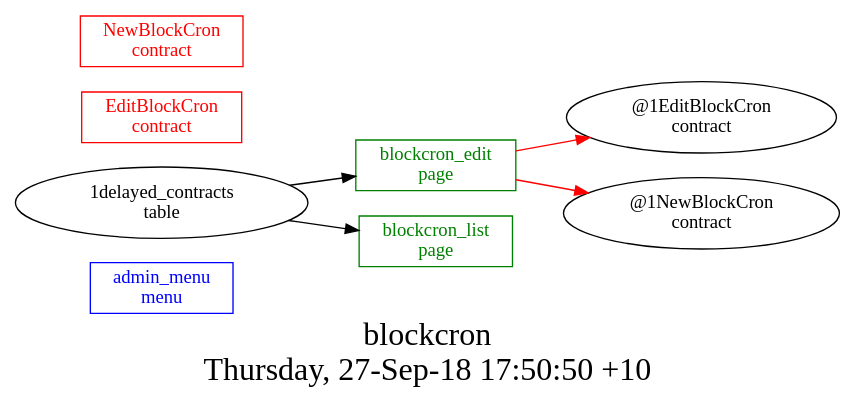
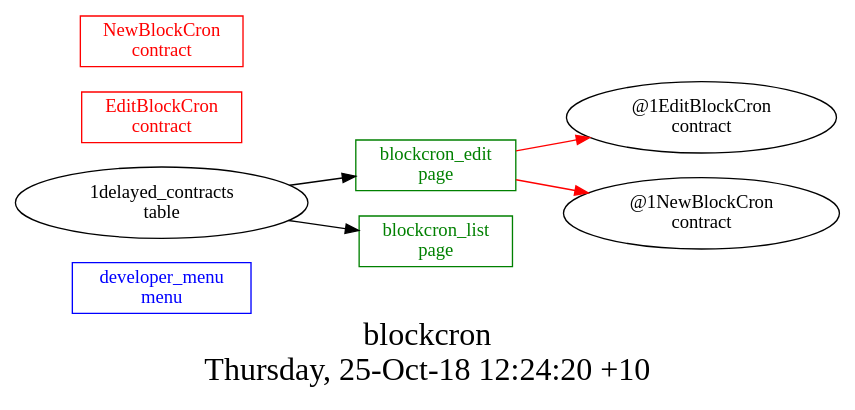
The diagram in obsolete/blockcron/struct.dot (AplaProject/apps), drawn with Graphviz before and after one commit. The commit also changed 25 other files, not shown here.

```diff
--- a/obsolete/blockcron/struct.dot
+++ b/obsolete/blockcron/struct.dot
@@ -1,17 +1,17 @@
 digraph G {
 fontsize="24";
-label="blockcron\nThursday, 27-Sep-18 17:50:50 +10";
+label="blockcron\nThursday, 25-Oct-18 12:24:20 +10";
 nojustify=true;
 ordering=out;
 rankdir=LR;
 size="30";
-"admin_menu\nmenu" [color=blue, fontcolor=blue, group=menus, shape=record];
+"developer_menu\nmenu" [color=blue, fontcolor=blue, group=menus, shape=record];
 "blockcron_edit\npage" -> "@1EditBlockCron\ncontract"  [ color=red ]
 "blockcron_edit\npage" -> "@1NewBlockCron\ncontract"  [ color=red ]
 "1delayed_contracts\ntable" -> "blockcron_edit\npage"
 "blockcron_edit\npage" [color=green, fontcolor=green, group=pages, shape=record];
 "1delayed_contracts\ntable" -> "blockcron_list\npage"
 "blockcron_list\npage" [color=green, fontcolor=green, group=pages, shape=record];
 "EditBlockCron\ncontract" [color=red, fontcolor=red, group=contracts, shape=record];
 "NewBlockCron\ncontract" [color=red, fontcolor=red, group=contracts, shape=record];
 }
```
